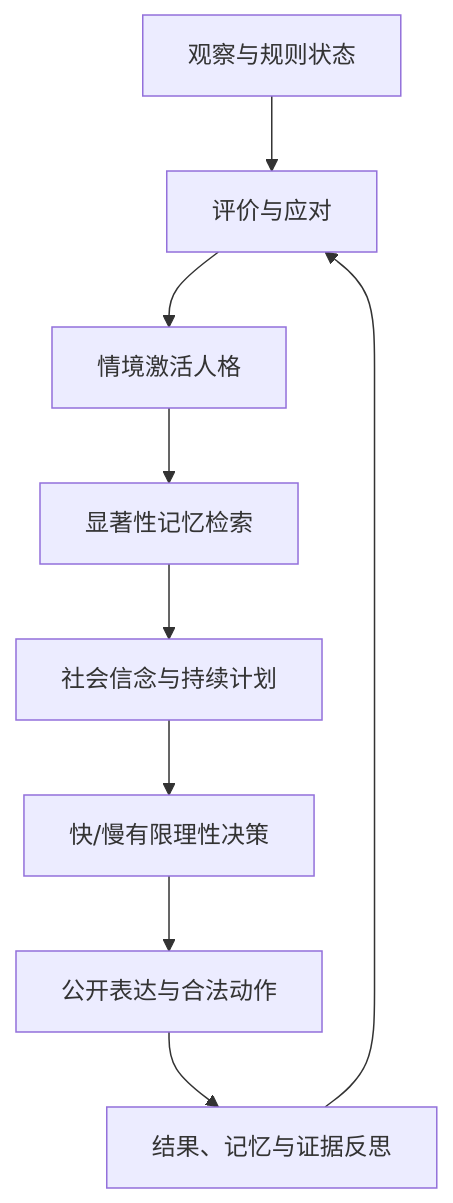
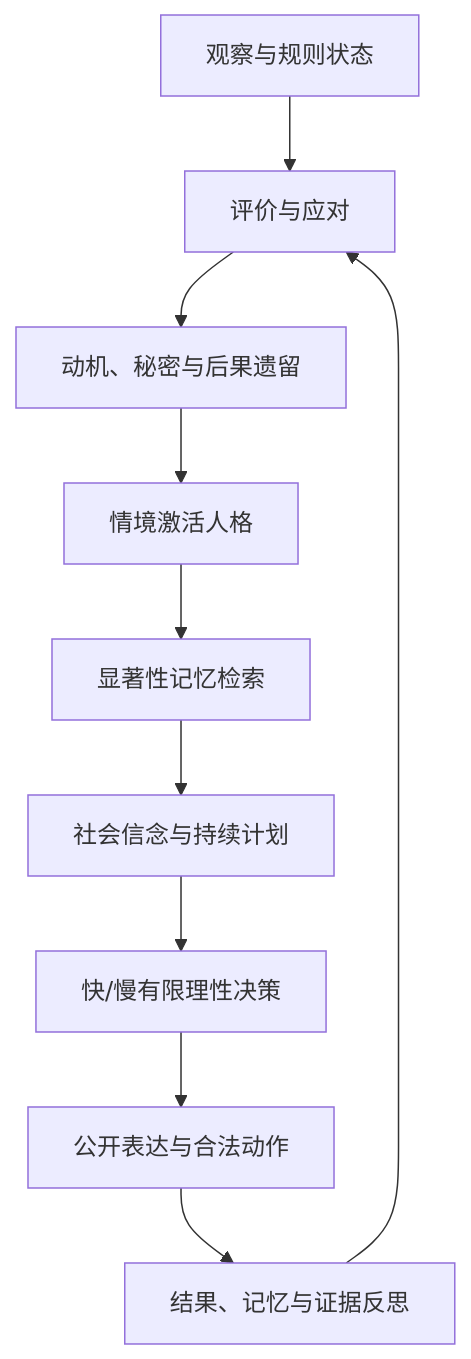
One commit to vrwanderers/human-vs-agent-engine changed the diagram in docs/RESEARCH_HUMAN_LIKE_AGENTS.md. Above: the diagram before and after it, drawn with Mermaid. The commit also changed other lines of this file and 16 other files, not shown here.

````diff
--- a/docs/RESEARCH_HUMAN_LIKE_AGENTS.md
+++ b/docs/RESEARCH_HUMAN_LIKE_AGENTS.md
@@ -38,11 +43,12 @@
 ```mermaid
 flowchart TD
   O[观察与规则状态] --> A[评价与应对]
-  A --> T[情境激活人格]
+  A --> N[动机、秘密与后果遗留]
+  N --> T[情境激活人格]
   T --> M[显著性记忆检索]
   M --> S[社会信念与持续计划]
   S --> D[快/慢有限理性决策]
   D --> X[公开表达与合法动作]
   X --> R[结果、记忆与证据反思]
   R --> A
 ```
````
